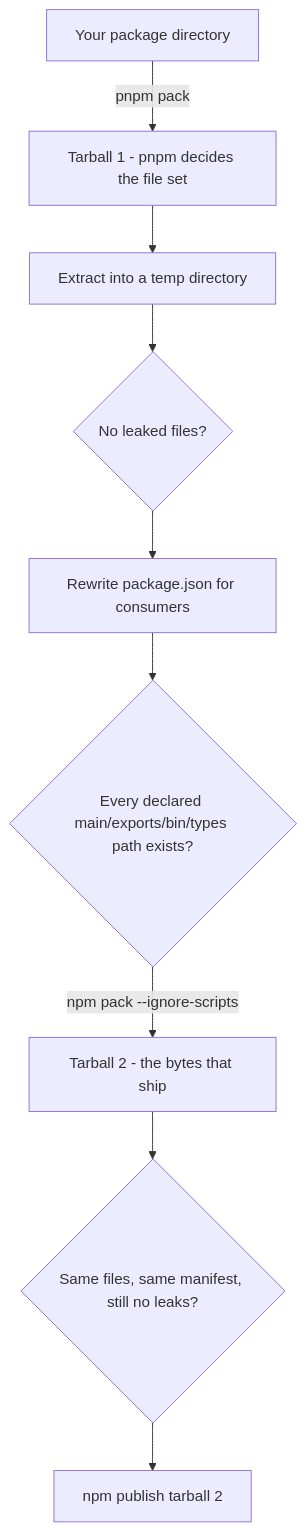
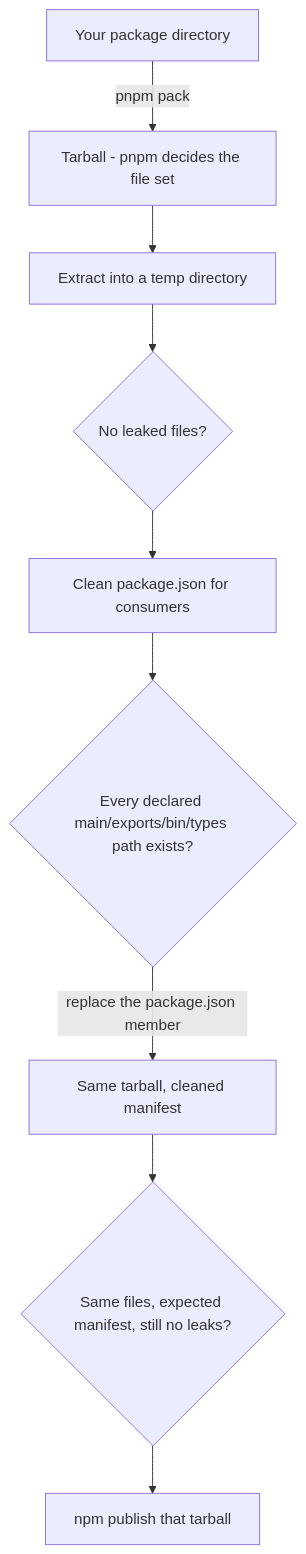
Before and after one commit to Anizoptera/publish-clean: the diagram in README.md, drawn with Mermaid. The commit also changed other lines of this file and 9 other files, not shown here.

````diff
--- a/README.md
+++ b/README.md
@@ -182,11 +182,11 @@
 ```mermaid
 flowchart TD
-  A[Your package directory] -->|pnpm pack| B[Tarball 1 - pnpm decides the file set]
+  A[Your package directory] -->|pnpm pack| B[Tarball - pnpm decides the file set]
   B --> C[Extract into a temp directory]
   C --> D{No leaked files?}
-  D --> E[Rewrite package.json for consumers]
+  D --> E[Clean package.json for consumers]
   E --> F{Every declared main/exports/bin/types path exists?}
-  F -->|npm pack --ignore-scripts| G[Tarball 2 - the bytes that ship]
-  G --> H{Same files, same manifest, still no leaks?}
-  H --> I[npm publish tarball 2]
+  F -->|replace the package.json member| G[Same tarball, cleaned manifest]
+  G --> H{Same files, expected manifest, still no leaks?}
+  H --> I[npm publish that tarball]
 ```
````
